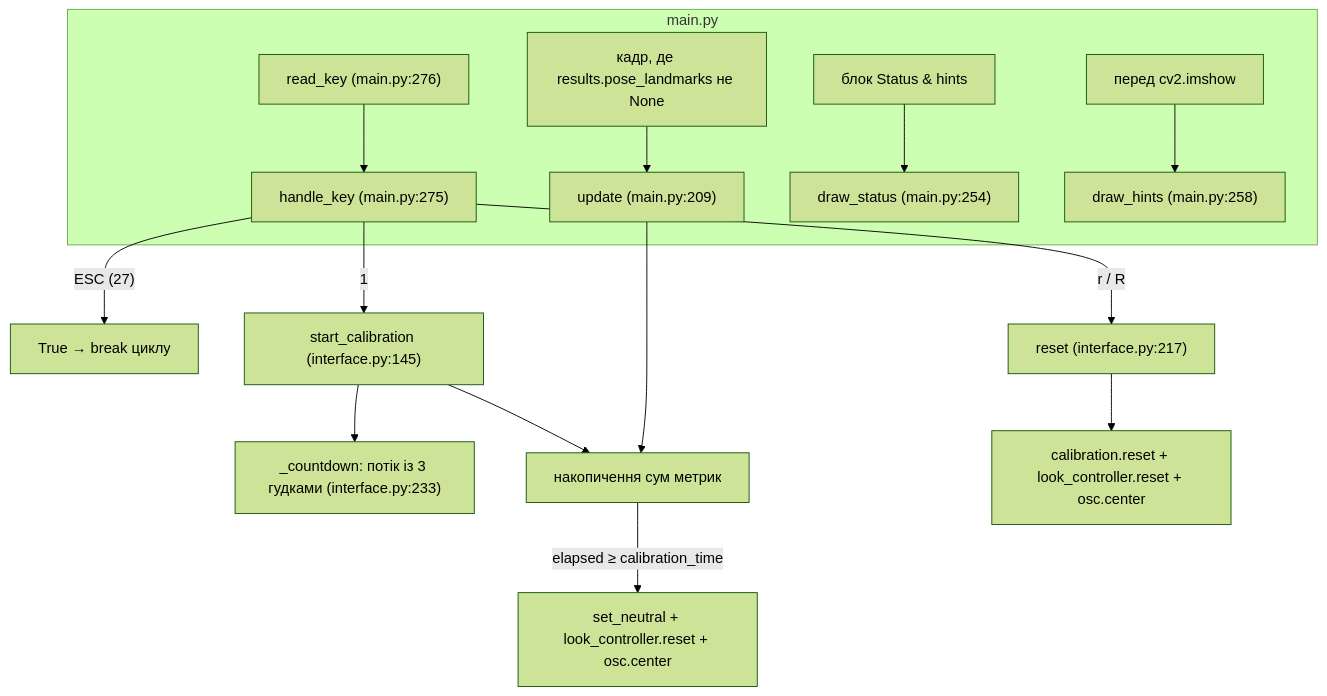
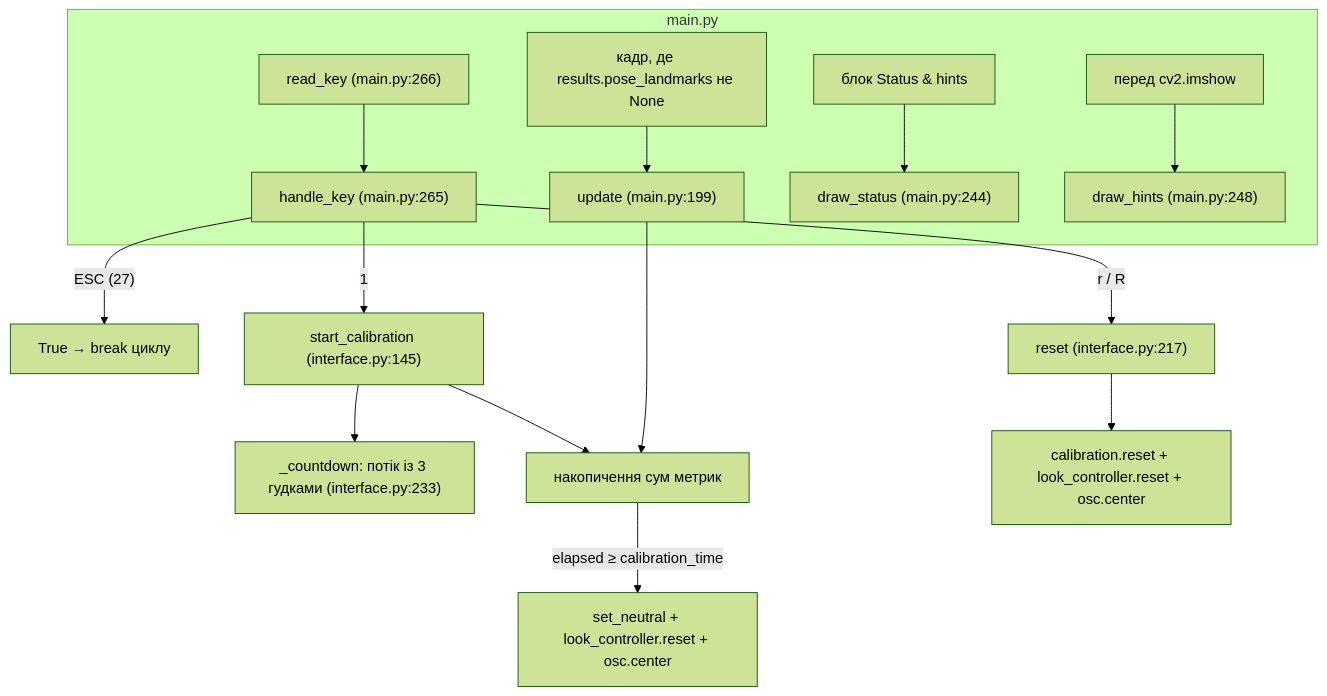
Before and after one commit to oleksandrblazhko/NonVR4VRChat: the fourth of 4 diagrams in MediaPipe/Project.md, drawn with Mermaid (forest theme). The commit also changed other lines of this file and 11 other files, not shown here.

````diff
--- a/MediaPipe/Project.md
+++ b/MediaPipe/Project.md
@@ -339,19 +340,19 @@
 ```mermaid
 graph TD
     subgraph main.py
-        WK["read_key (main.py:276)"] --> HK["handle_key (main.py:275)"]
-        POSE["кадр, де results.pose_landmarks не None"] --> UPD["update (main.py:209)"]
-        DISP["блок Status & hints"] --> ST["draw_status (main.py:254)"]
-        SHOW["перед cv2.imshow"] --> HN["draw_hints (main.py:258)"]
+        WK["read_key (main.py:266)"] --> HK["handle_key (main.py:265)"]
+        POSE["кадр, де results.pose_landmarks не None"] --> UPD["update (main.py:199)"]
+        DISP["блок Status & hints"] --> ST["draw_status (main.py:244)"]
+        SHOW["перед cv2.imshow"] --> HN["draw_hints (main.py:248)"]
     end
 
     HK -->|"ESC (27)"| QUIT["True → break циклу"]
     HK -->|"1"| SC["start_calibration (interface.py:145)"]
     HK -->|"r / R"| RS["reset (interface.py:217)"]
 
     SC --> THR["_countdown: потік із 3 гудками (interface.py:233)"]
     SC --> ACC["накопичення сум метрик"]
     UPD --> ACC
     ACC -->|"elapsed ≥ calibration_time"| FIN["set_neutral + look_controller.reset + osc.center"]
     RS --> RST["calibration.reset + look_controller.reset + osc.center"]
 ```
````
